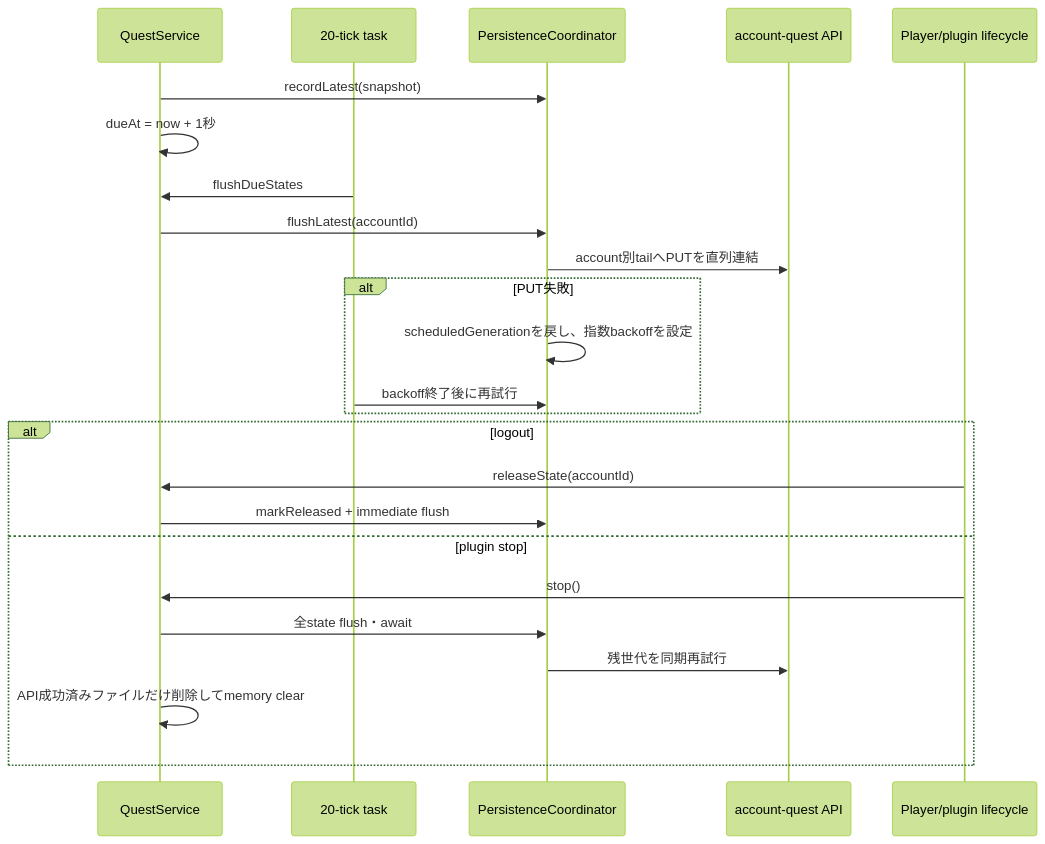
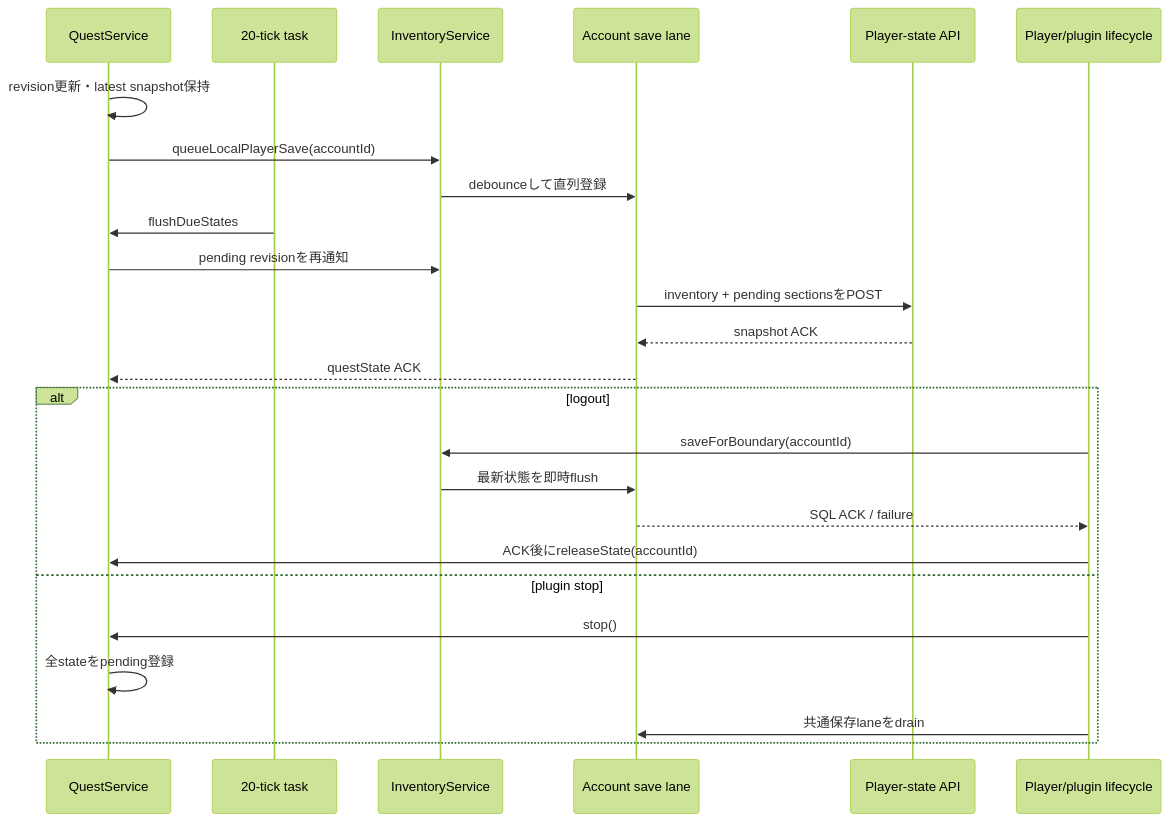
One commit to maaasu/AstralRecord-Workspace changed the fifth of 5 diagrams in 00_docs/10_Plugin設計書/feature/29-quest/29_4-統合フロー.md. Above: the diagram before and after it, drawn with Mermaid (forest theme). The commit also changed other lines of this file and 213 other files, not shown here.

````diff
--- a/00_docs/10_Plugin設計書/feature/29-quest/29_4-統合フロー.md
+++ b/00_docs/10_Plugin設計書/feature/29-quest/29_4-統合フロー.md
@@ -195,27 +185,28 @@
 ```mermaid
 sequenceDiagram
     participant Quest as QuestService
     participant Timer as 20-tick task
-    participant Coord as PersistenceCoordinator
-    participant API as account-quest API
+    participant Inventory as InventoryService
+    participant Lane as Account save lane
+    participant API as Player-state API
     participant Lifecycle as Player/plugin lifecycle
 
-    Quest->>Coord: recordLatest(snapshot)
-    Quest->>Quest: dueAt = now + 1秒
+    Quest->>Quest: revision更新・latest snapshot保持
+    Quest->>Inventory: queueLocalPlayerSave(accountId)
+    Inventory->>Lane: debounceして直列登録
     Timer->>Quest: flushDueStates
-    Quest->>Coord: flushLatest(accountId)
-    Coord->>API: account別tailへPUTを直列連結
-    alt PUT失敗
-        Coord->>Coord: scheduledGenerationを戻し、指数backoffを設定
-        Timer->>Coord: backoff終了後に再試行
-    end
+    Quest->>Inventory: pending revisionを再通知
+    Lane->>API: inventory + pending sectionsをPOST
+    API-->>Lane: snapshot ACK
+    Lane-->>Quest: questState ACK
     alt logout
-        Lifecycle->>Quest: releaseState(accountId)
-        Quest->>Coord: markReleased + immediate flush
+        Lifecycle->>Inventory: saveForBoundary(accountId)
+        Inventory->>Lane: 最新状態を即時flush
+        Lane-->>Lifecycle: SQL ACK / failure
+        Lifecycle->>Quest: ACK後にreleaseState(accountId)
     else plugin stop
         Lifecycle->>Quest: stop()
-        Quest->>Coord: 全state flush・await
-        Coord->>API: 残世代を同期再試行
-        Quest->>Quest: API成功済みファイルだけ削除してmemory clear
+        Quest->>Quest: 全stateをpending登録
+        Lifecycle->>Lane: 共通保存laneをdrain
     end
 ```
````
